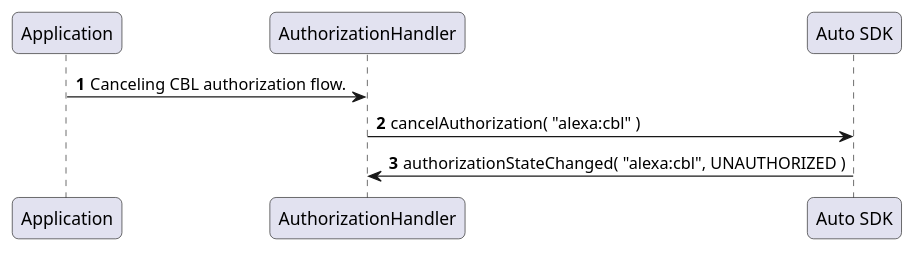
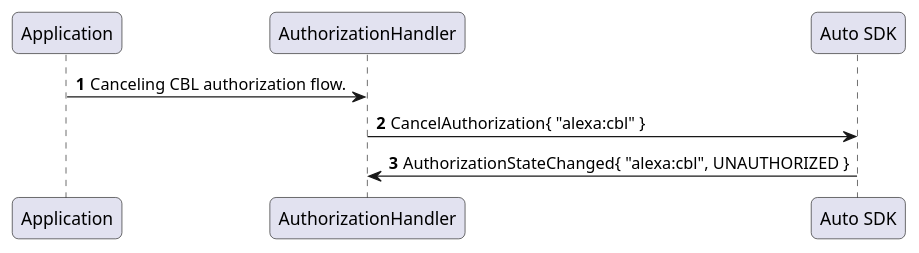
One commit to alexa/alexa-auto-sdk changed the diagram in docs/docs/explore/features/cbl/diagrams/src/cbl-cancel-sequence.plantuml. Above: the diagram before and after it, drawn with PlantUML. The commit also changed 3441 other files, not shown here.

First line of the commit message:
Version 4.3.0 Alexa Auto SDK

```diff
--- a/docs/docs/explore/features/cbl/diagrams/src/cbl-cancel-sequence.plantuml
+++ b/docs/docs/explore/features/cbl/diagrams/src/cbl-cancel-sequence.plantuml
@@ -1,15 +1,15 @@
 @startuml
 
 skinparam roundcorner 10
 
 autonumber
 participant Application  order 20
 participant AuthorizationHandler  order 30
 participant "Auto SDK" as AutoSDK  order 40
 
 Application -> AuthorizationHandler : Canceling CBL authorization flow.
-AuthorizationHandler -> AutoSDK : cancelAuthorization( "alexa:cbl" )
+AuthorizationHandler -> AutoSDK : CancelAuthorization{ "alexa:cbl" }
 
-AutoSDK -> AuthorizationHandler : authorizationStateChanged( "alexa:cbl", UNAUTHORIZED )
+AutoSDK -> AuthorizationHandler : AuthorizationStateChanged{ "alexa:cbl", UNAUTHORIZED }
 
 @enduml
```
